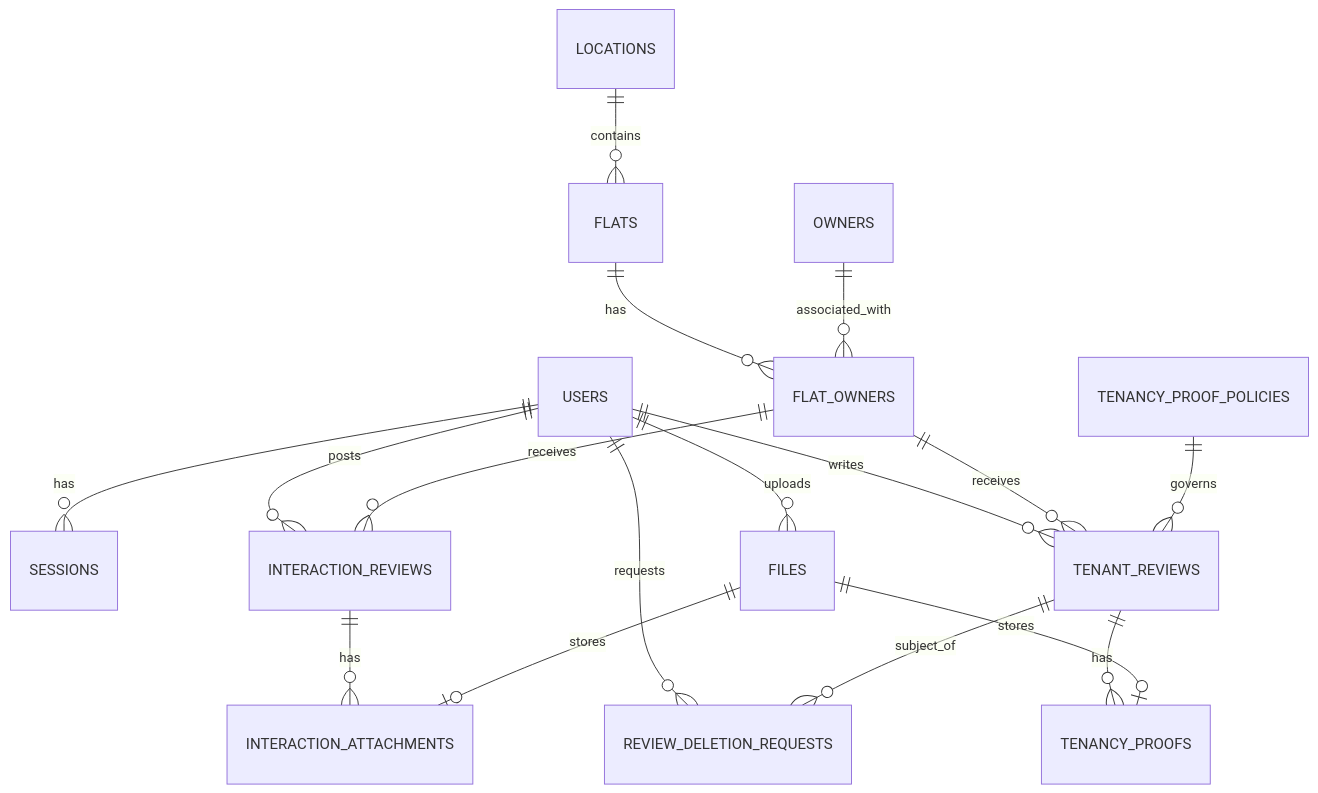
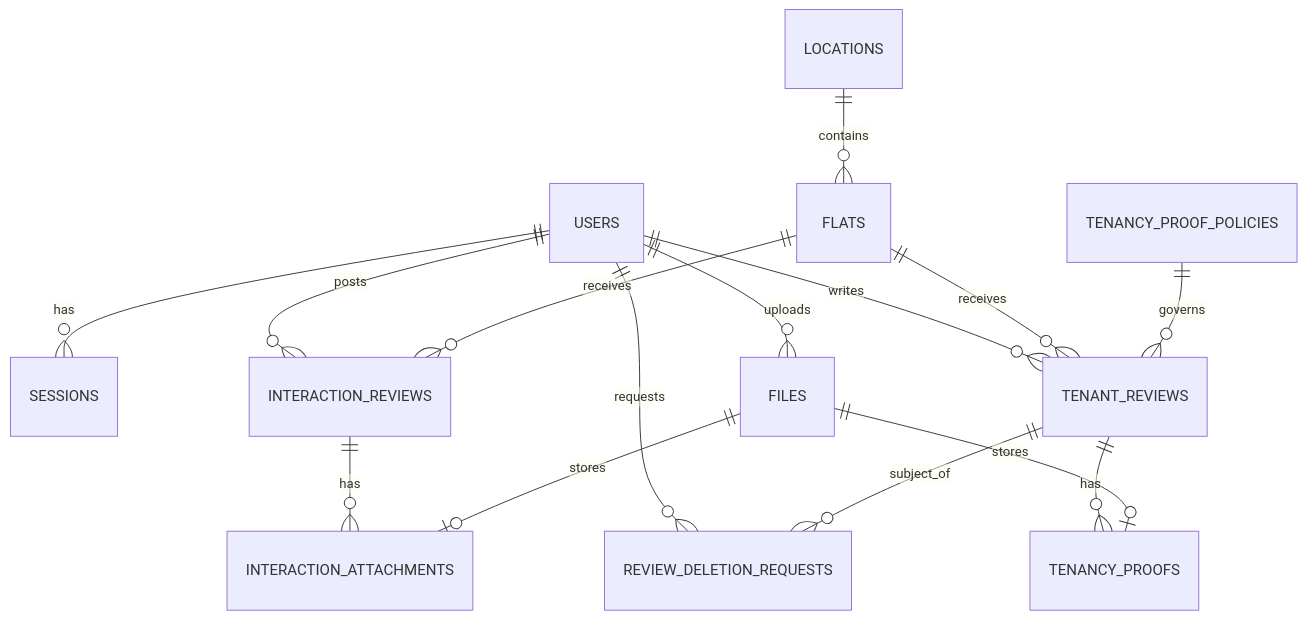
The diagram in DATABASE_MODEL.md (parthpahariya/rental-review), drawn with Mermaid before and after one commit. The commit also changed other lines of this file and 2 other files, not shown here.

````diff
--- a/DATABASE_MODEL.md
+++ b/DATABASE_MODEL.md
@@ -17,19 +17,17 @@
 ```mermaid
 erDiagram
     USERS ||--o{ SESSIONS : has
     USERS ||--o{ TENANT_REVIEWS : writes
     USERS ||--o{ INTERACTION_REVIEWS : posts
     USERS ||--o{ FILES : uploads
     USERS ||--o{ REVIEW_DELETION_REQUESTS : requests
     LOCATIONS ||--o{ FLATS : contains
-    FLATS ||--o{ FLAT_OWNERS : has
-    OWNERS ||--o{ FLAT_OWNERS : associated_with
-    FLAT_OWNERS ||--o{ TENANT_REVIEWS : receives
-    FLAT_OWNERS ||--o{ INTERACTION_REVIEWS : receives
+    FLATS ||--o{ TENANT_REVIEWS : receives
+    FLATS ||--o{ INTERACTION_REVIEWS : receives
     TENANCY_PROOF_POLICIES ||--o{ TENANT_REVIEWS : governs
     TENANT_REVIEWS ||--o{ TENANCY_PROOFS : has
     FILES ||--o| TENANCY_PROOFS : stores
     INTERACTION_REVIEWS ||--o{ INTERACTION_ATTACHMENTS : has
     FILES ||--o| INTERACTION_ATTACHMENTS : stores
     TENANT_REVIEWS ||--o{ REVIEW_DELETION_REQUESTS : subject_of
 ```
````
